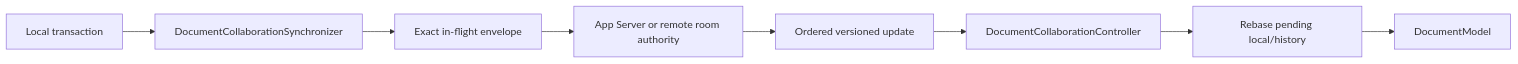
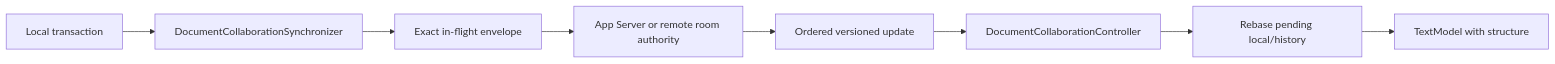
Before and after one commit to chogng/zeta: the second of 2 diagrams in zeta-ts/src/zeta/editor/document-engine.md, drawn with Mermaid. The commit also changed other lines of this file and 40 other files, not shown here.

````diff
--- a/zeta-ts/src/zeta/editor/document-engine.md
+++ b/zeta-ts/src/zeta/editor/document-engine.md
@@ -154,10 +153,10 @@
 ```mermaid
 flowchart LR
     Local[Local transaction] --> Sync[DocumentCollaborationSynchronizer]
     Sync --> Submit[Exact in-flight envelope]
     Submit --> Authority[App Server or remote room authority]
     Authority --> Ordered[Ordered versioned update]
     Ordered --> Controller[DocumentCollaborationController]
     Controller --> Rebase[Rebase pending local/history]
-    Rebase --> Model[DocumentModel]
+    Rebase --> Model[TextModel with structure]
 ```
````
